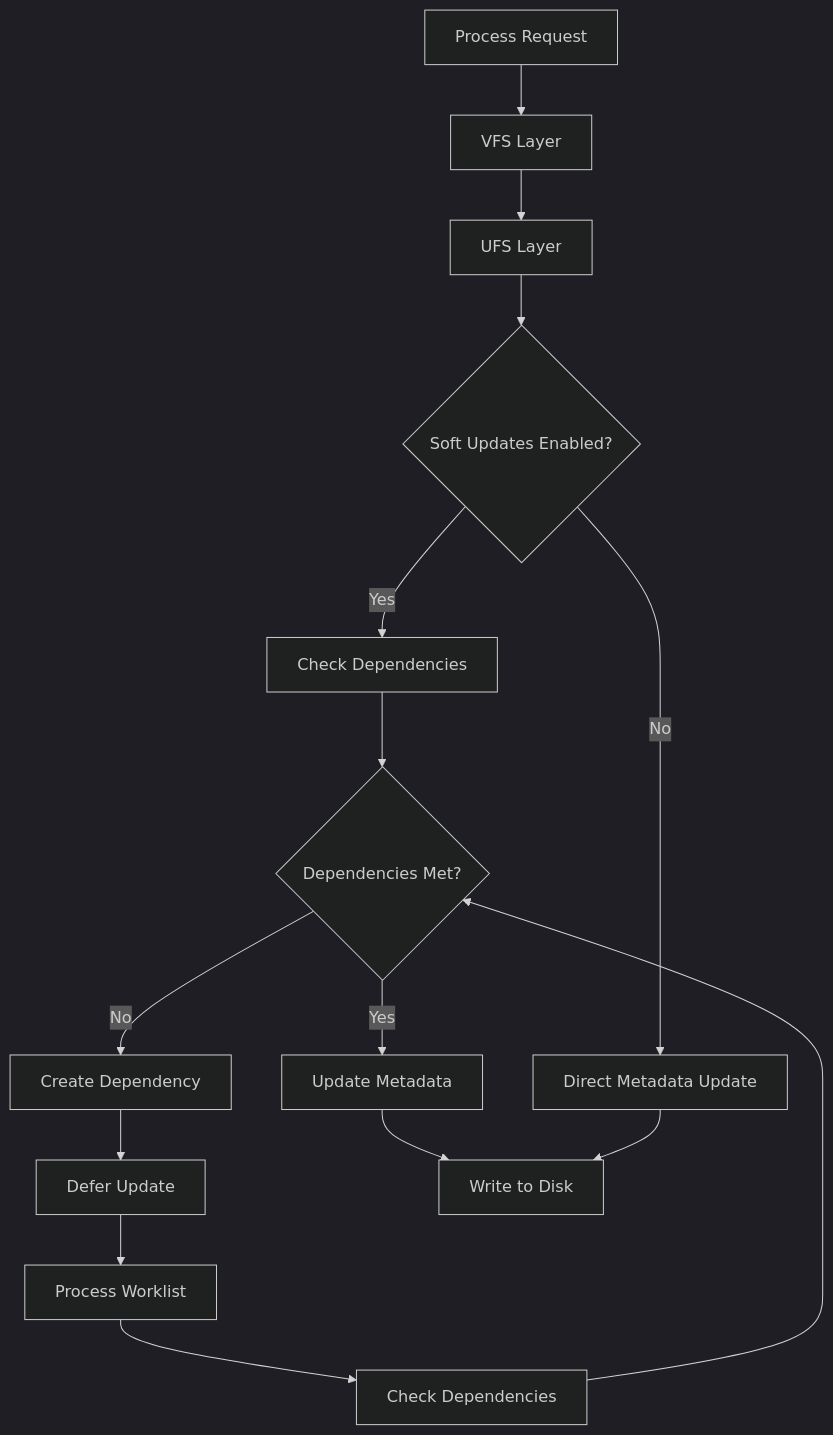
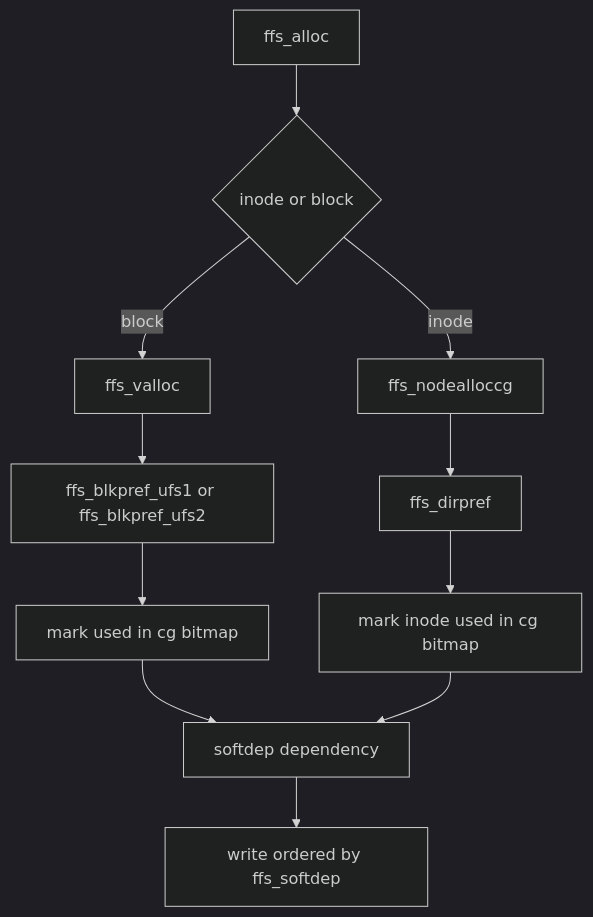
Before and after one commit to ocochard/freebsd-src: the second of 2 diagrams in sys/ufs/README.md, drawn with Mermaid (dark theme). The commit also changed other lines of this file and 40 other files, not shown here.

````diff
--- a/sys/ufs/README.md
+++ b/sys/ufs/README.md
@@ -157,17 +356,13 @@
 ```mermaid
 flowchart TD
-    A[Process Request] --> B[VFS Layer]
-    B --> C[UFS Layer]
-    C --> D{Soft Updates Enabled?}
-    D -->|Yes| E[Check Dependencies]
-    D -->|No| F[Direct Metadata Update]
-    E --> G{Dependencies Met?}
-    G -->|No| H[Create Dependency]
-    H --> I[Defer Update]
-    G -->|Yes| J[Update Metadata]
-    J --> K[Write to Disk]
-    F --> K
-    I --> L[Process Worklist]
-    L --> M[Check Dependencies]
-    M --> G
+  A[ffs_alloc] --> B{inode or block}
+  B -->|block| C[ffs_valloc]
+  B -->|inode| D[ffs_nodealloccg]
+  C --> E[ffs_blkpref_ufs1 or ffs_blkpref_ufs2]
+  D --> F[ffs_dirpref]
+  E --> G[mark used in cg bitmap]
+  F --> H[mark inode used in cg bitmap]
+  G --> I[softdep dependency]
+  H --> I
+  I --> J[write ordered by ffs_softdep]
 ```
````
